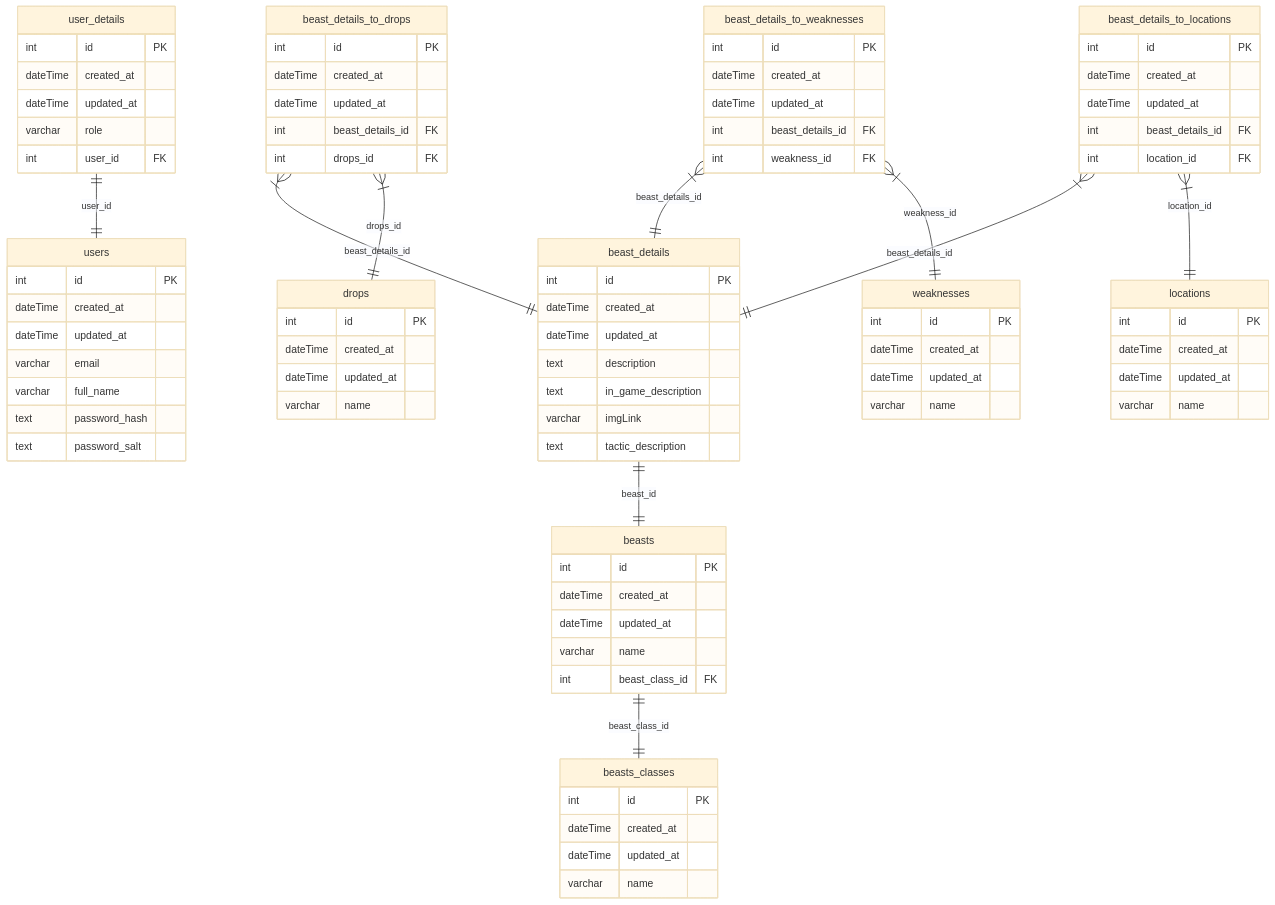
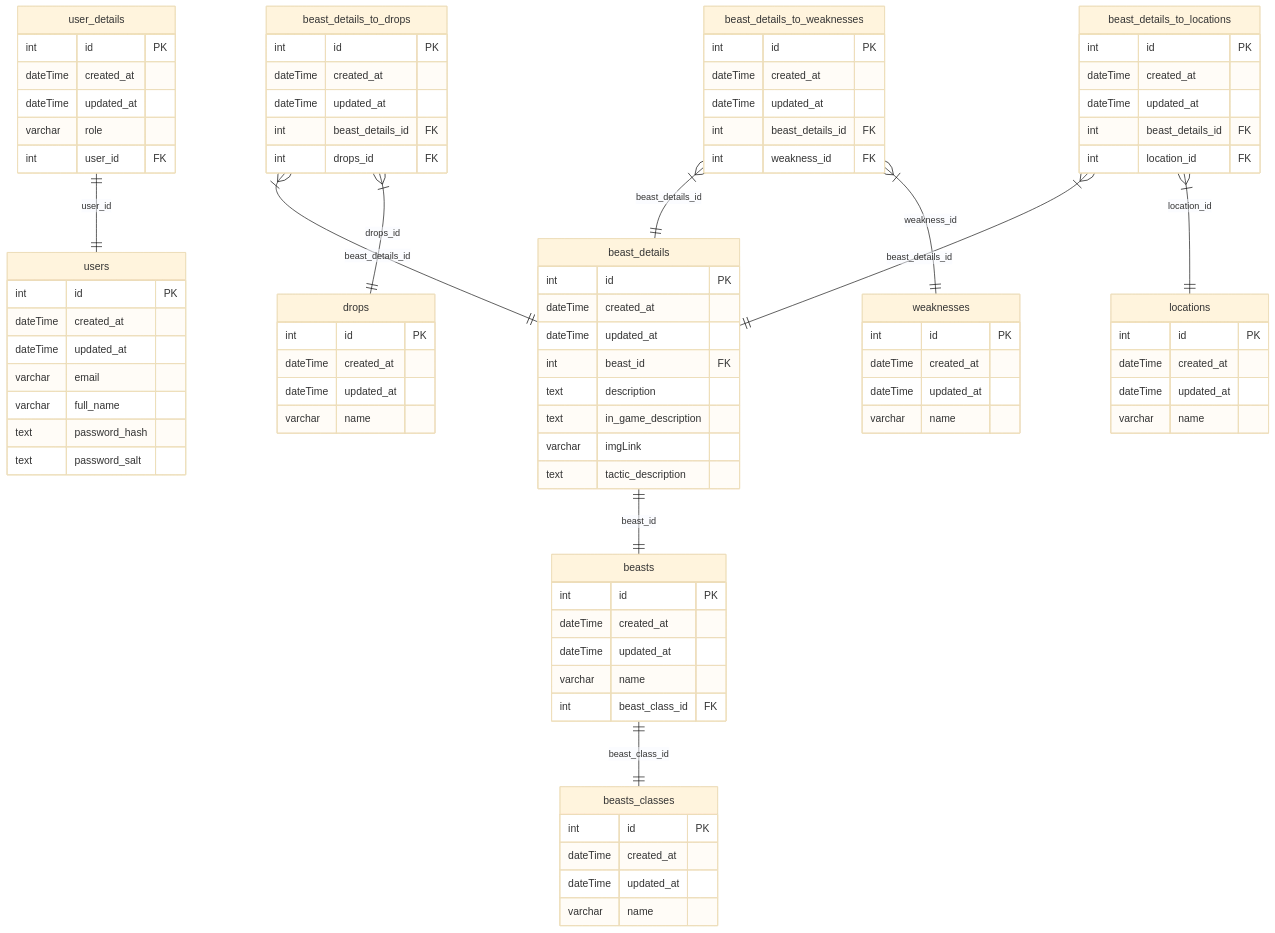
The diagram in readme.md (WilhelmWesser/beastiarium), drawn with Mermaid (base theme) before and after one commit. The commit also changed 11 other files, not shown here.

Commit message:
BSTRM-2: + prisma initial migration and db schema fix in readme

```diff
--- a/readme.md
+++ b/readme.md
@@ -65,6 +65,7 @@
         int id PK
         dateTime created_at
         dateTime updated_at
+        int beast_id FK
         text description
         text in_game_description
         varchar imgLink
```
